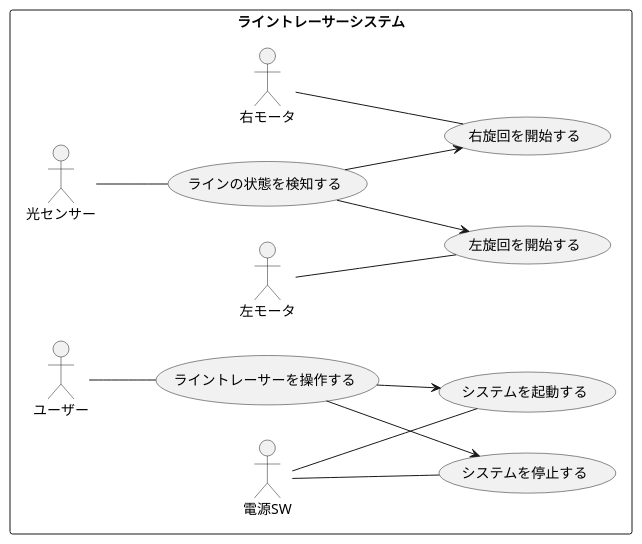
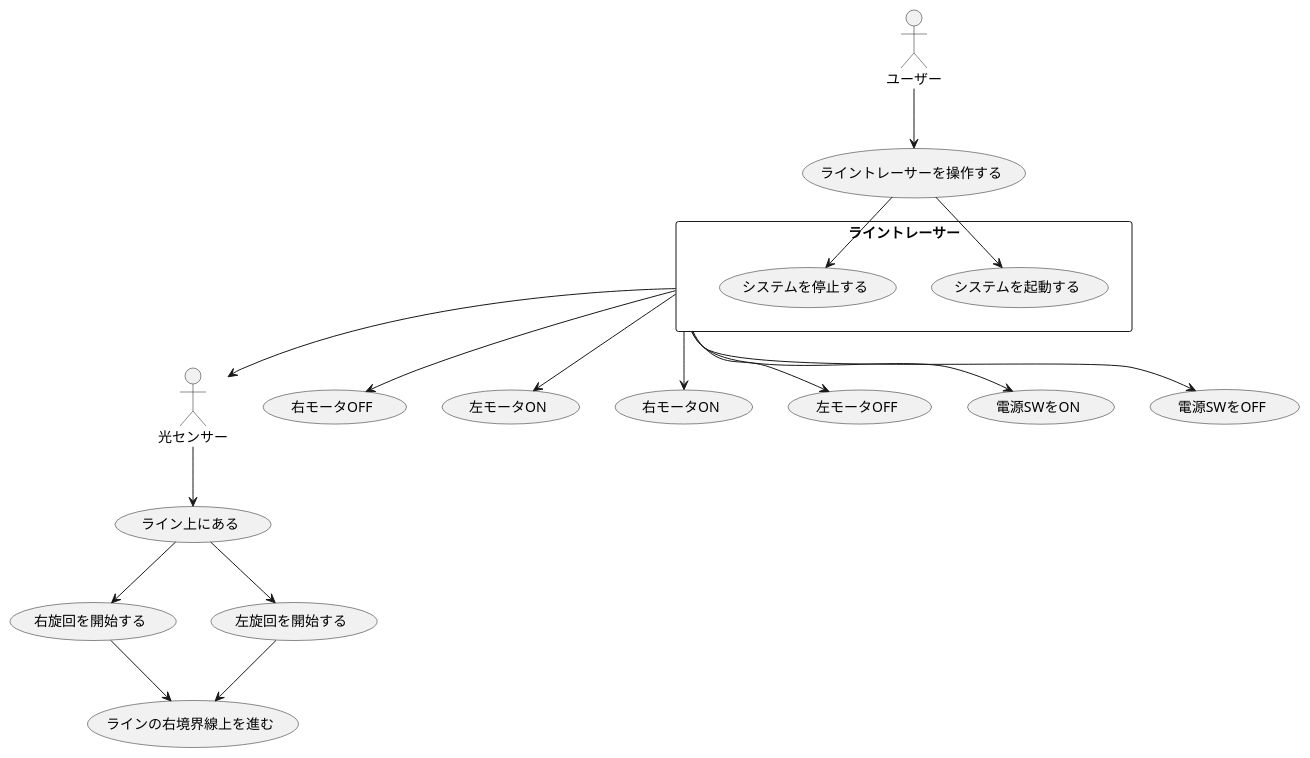
One commit to nishiyu0919/uml-introduction changed the diagram in 演習6-5-2_ユースケース図_ライントレーサー.pu. Above: the diagram before and after it, drawn with PlantUML.

Commit message:
演習6-5

```diff
--- a/演習6-5-2_ユースケース図_ライントレーサー.pu
+++ b/演習6-5-2_ユースケース図_ライントレーサー.pu
@@ -1,17 +1,29 @@
 @startuml 演習6-5ユースケース図
-left to right direction
 
-rectangle ライントレーサーシステム {
-  ユーザー -- (ライントレーサーを操作する)
-  (ライントレーサーを操作する) --> (システムを起動する)
-  (ライントレーサーを操作する) --> (システムを停止する)
-  光センサー -- (ラインの状態を検知する)
-  (ラインの状態を検知する) --> (右旋回を開始する)
-  (ラインの状態を検知する) --> (左旋回を開始する)
-  右モータ -- (右旋回を開始する)
-  左モータ -- (左旋回を開始する)
-  電源SW -- (システムを起動する)
-  電源SW -- (システムを停止する)
+
+actor ユーザー
+
+rectangle ライントレーサー {
+  (システムを起動する)
+  (システムを停止する)
 }
 
+actor 光センサー
+
+ユーザー --> (ライントレーサーを操作する)
+(ライントレーサーを操作する) --> (システムを起動する)
+(ライントレーサーを操作する) --> (システムを停止する)
+光センサー --> (ライン上にある)
+(ライン上にある) --> (右旋回を開始する)
+(ライン上にある) --> (左旋回を開始する)
+(右旋回を開始する) --> (ラインの右境界線上を進む)
+(左旋回を開始する) --> (ラインの右境界線上を進む)
+ライントレーサー --> 光センサー
+ライントレーサー --> (右モータOFF)
+ライントレーサー --> (左モータON)
+ライントレーサー --> (右モータON)
+ライントレーサー --> (左モータOFF)
+ライントレーサー --> (電源SWをON)
+ライントレーサー --> (電源SWをOFF)
+
 @enduml
```
